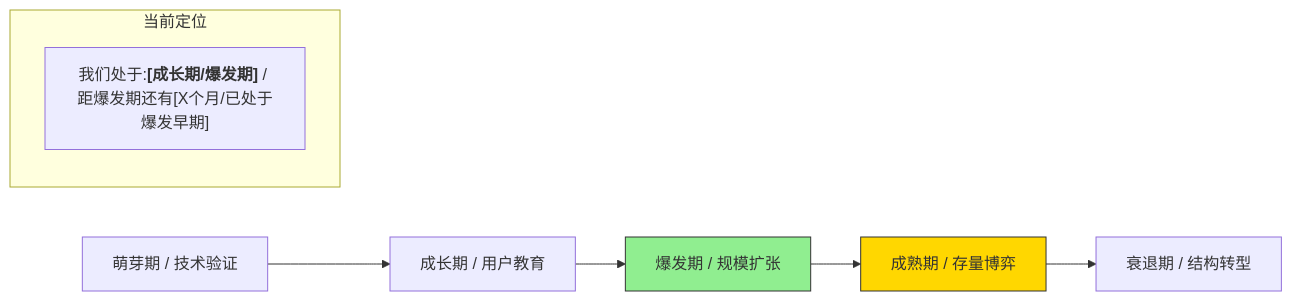
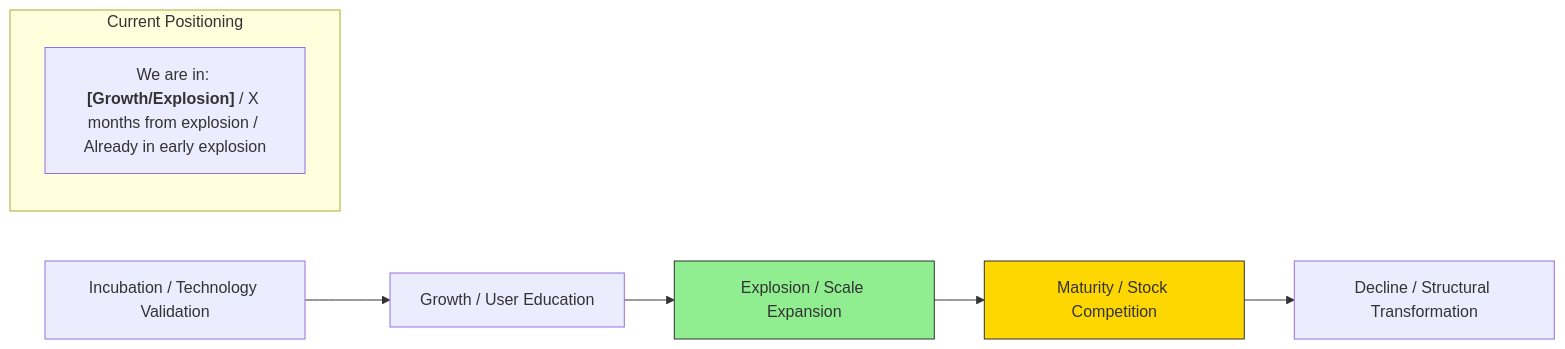
The third of 17 diagrams in templates/产品/战略层/【模板】市场需求文档.md (Kirky-X/cangjie), drawn with Mermaid before and after one commit. The commit also changed other lines of this file and 60 other files, not shown here.

````diff
--- a/templates/产品/战略层/【模板】市场需求文档.md
+++ b/templates/产品/战略层/【模板】市场需求文档.md
@@ -116,13 +117,13 @@
 ```mermaid
 graph LR
-    A[萌芽期 / 技术验证] --> B[成长期 / 用户教育]
-    B --> C[爆发期 / 规模扩张]
-    C --> D[成熟期 / 存量博弈]
-    D --> E[衰退期 / 结构转型]
+    A[Incubation / Technology Validation] --> B[Growth / User Education]
+    B --> C[Explosion / Scale Expansion]
+    C --> D[Maturity / Stock Competition]
+    D --> E[Decline / Structural Transformation]
     style C fill:#90EE90,stroke:#333
     style D fill:#FFD700,stroke:#333
 
-    subgraph 当前定位
-        F["我们处于:<b>[成长期/爆发期]</b> / 距爆发期还有[X个月/已处于爆发早期]"]
+    subgraph Current Positioning
+        F["We are in: <b>[Growth/Explosion]</b> / X months from explosion / Already in early explosion"]
     end
 ```
````
